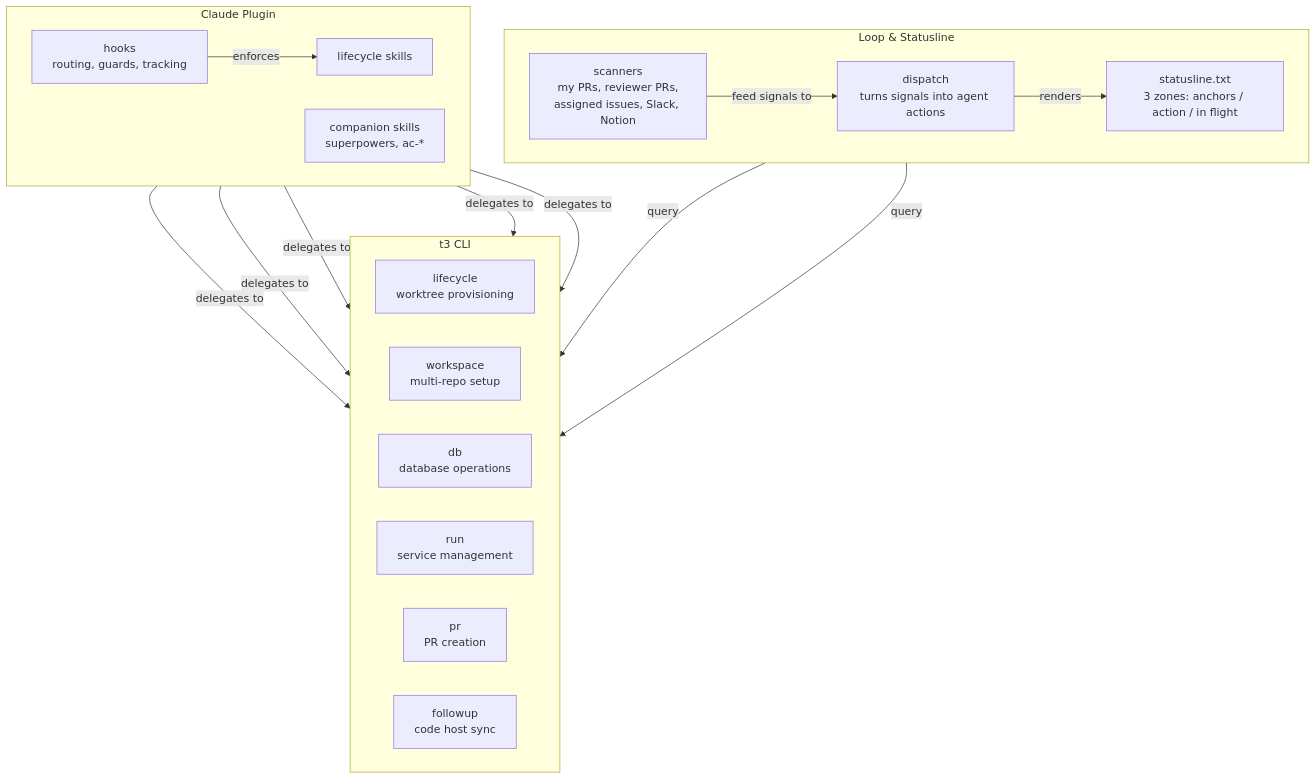
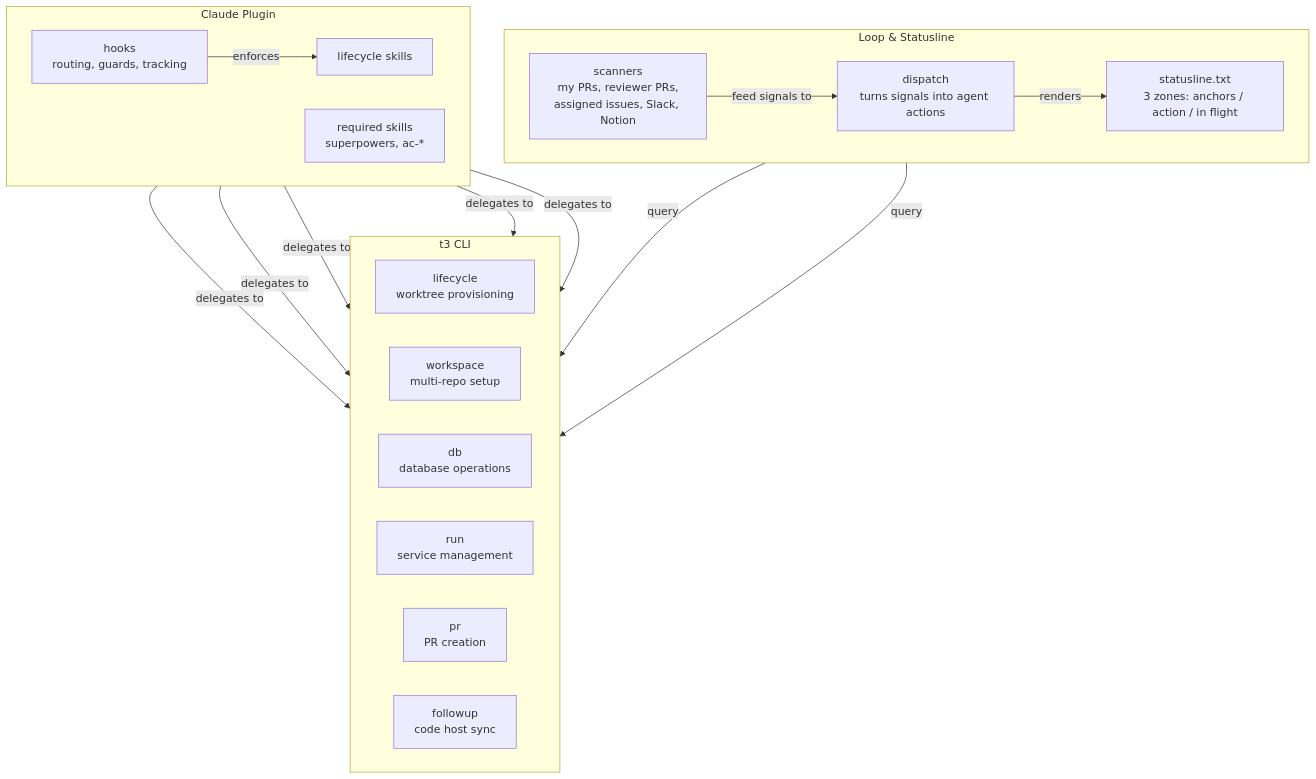
Before and after one commit to souliane/teatree: the first of 6 diagrams in README.md, drawn with Mermaid. The commit also changed other lines of this file and 109 other files, not shown here.

````diff
--- a/README.md
+++ b/README.md
@@ -26,32 +26,32 @@
 ```mermaid
 graph TB
   subgraph "t3 CLI"
     direction LR
     lifecycle["lifecycle<br/>worktree provisioning"]
     workspace["workspace<br/>multi-repo setup"]
     db["db<br/>database operations"]
     run["run<br/>service management"]
     pr["pr<br/>PR creation"]
     followup["followup<br/>code host sync"]
   end
 
   subgraph "Loop & Statusline"
     direction LR
     scanners["scanners<br/>my PRs, reviewer PRs,<br/>assigned issues, Slack, Notion"]
     statusline["statusline.txt<br/>3 zones: anchors / action / in flight"]
     dispatch["dispatch<br/>turns signals into agent actions"]
   end
 
   subgraph "Claude Plugin"
     direction LR
     skills["lifecycle skills"]
     hooks["hooks<br/>routing, guards, tracking"]
-    companions["companion skills<br/>superpowers, ac-*"]
+    required["required skills<br/>superpowers, ac-*"]
   end
 
   scanners -->|"feed signals to"| dispatch
   dispatch -->|"renders"| statusline
   scanners -->|"query"| pr & followup
   skills -->|"delegates to"| lifecycle & workspace & db & run & pr
   hooks -->|"enforces"| skills
 ```
````
